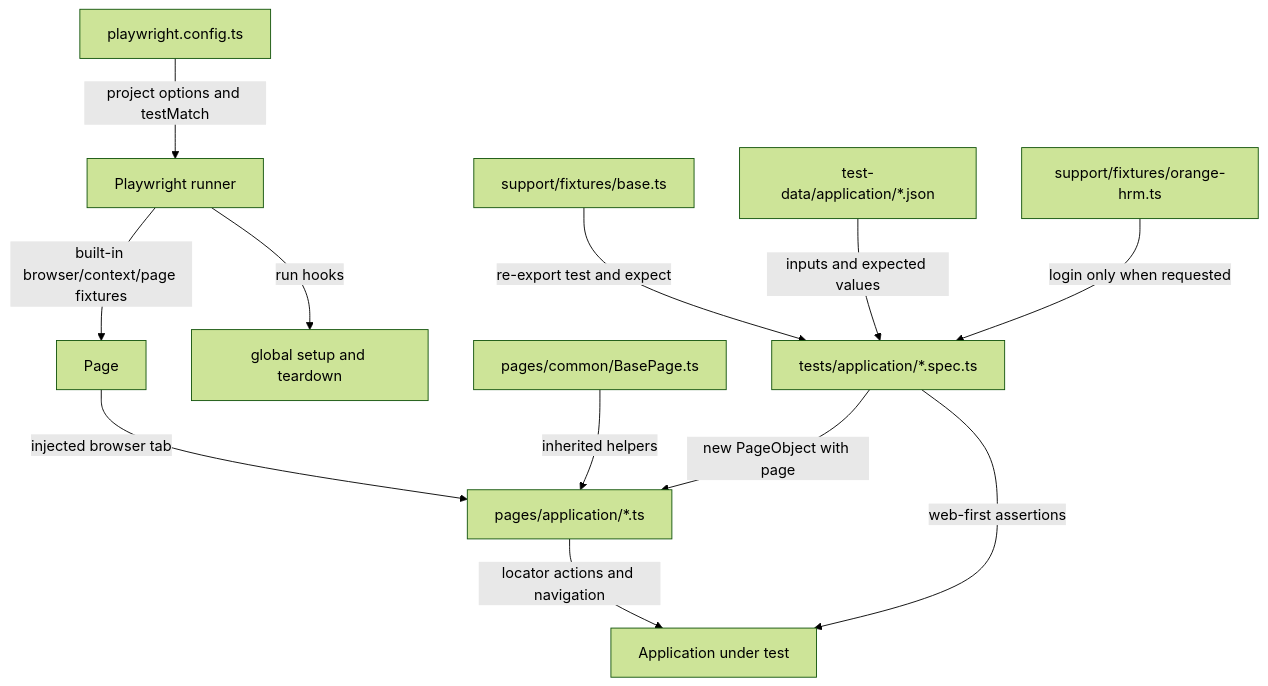
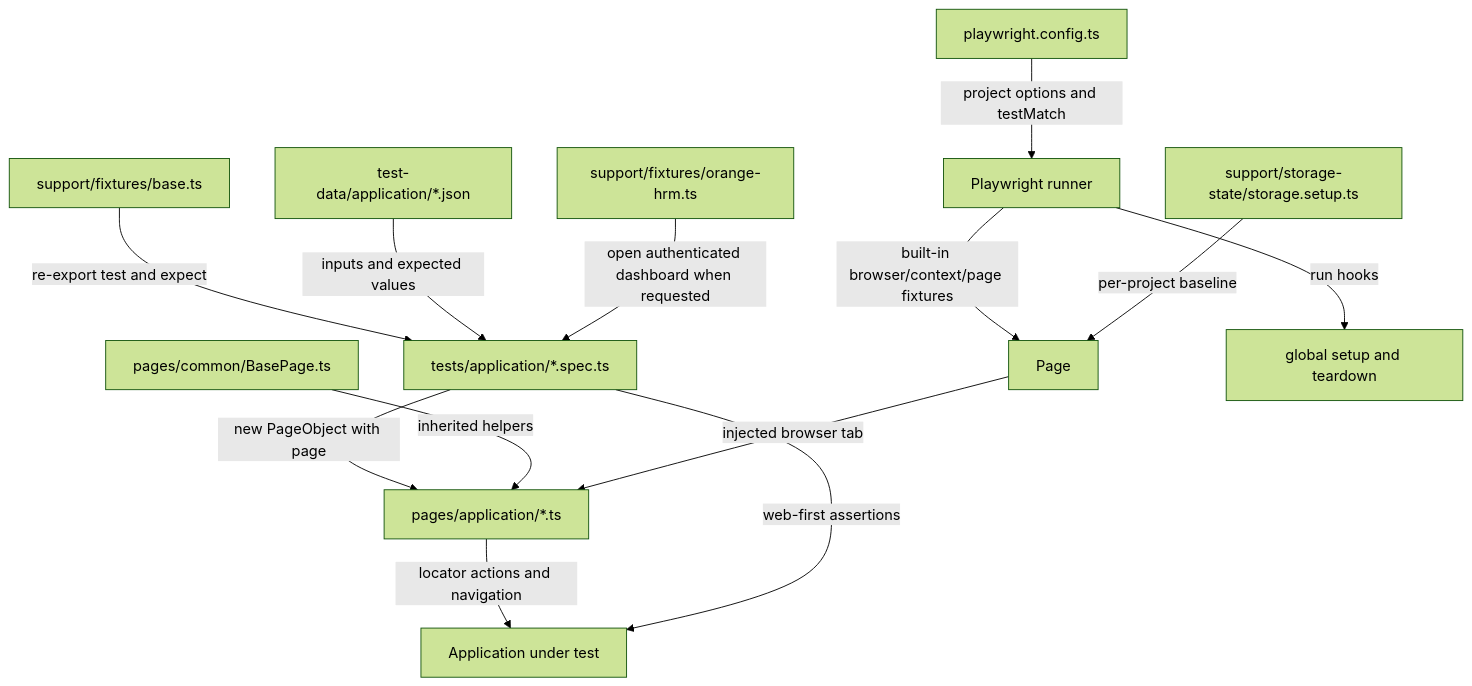
Before and after one commit to mishrrit/Playwright: the second of 3 diagrams in ui/ui_test_architecture.md, drawn with Mermaid (forest theme). The commit also changed other lines of this file and 42 other files, not shown here.

````diff
--- a/ui/ui_test_architecture.md
+++ b/ui/ui_test_architecture.md
@@ -102,14 +119,15 @@
 ```mermaid
 flowchart TD
     Config[playwright.config.ts] -->|project options and testMatch| Runner[Playwright runner]
     Runner -->|built-in browser/context/page fixtures| Page[Page]
     Fixtures[support/fixtures/base.ts] -->|re-export test and expect| Specs[tests/application/*.spec.ts]
     Data[test-data/application/*.json] -->|inputs and expected values| Specs
     Specs -->|new PageObject with page| POM[pages/application/*.ts]
     Base[pages/common/BasePage.ts] -->|inherited helpers| POM
     Page -->|injected browser tab| POM
     POM -->|locator actions and navigation| App[Application under test]
     Specs -->|web-first assertions| App
-    Auth[support/fixtures/orange-hrm.ts] -->|login only when requested| Specs
+    Setup[support/storage-state/storage.setup.ts] -->|per-project baseline| Page
+    Auth[support/fixtures/orange-hrm.ts] -->|open authenticated dashboard when requested| Specs
     Runner -->|run hooks| Hooks[global setup and teardown]
 ```
````
